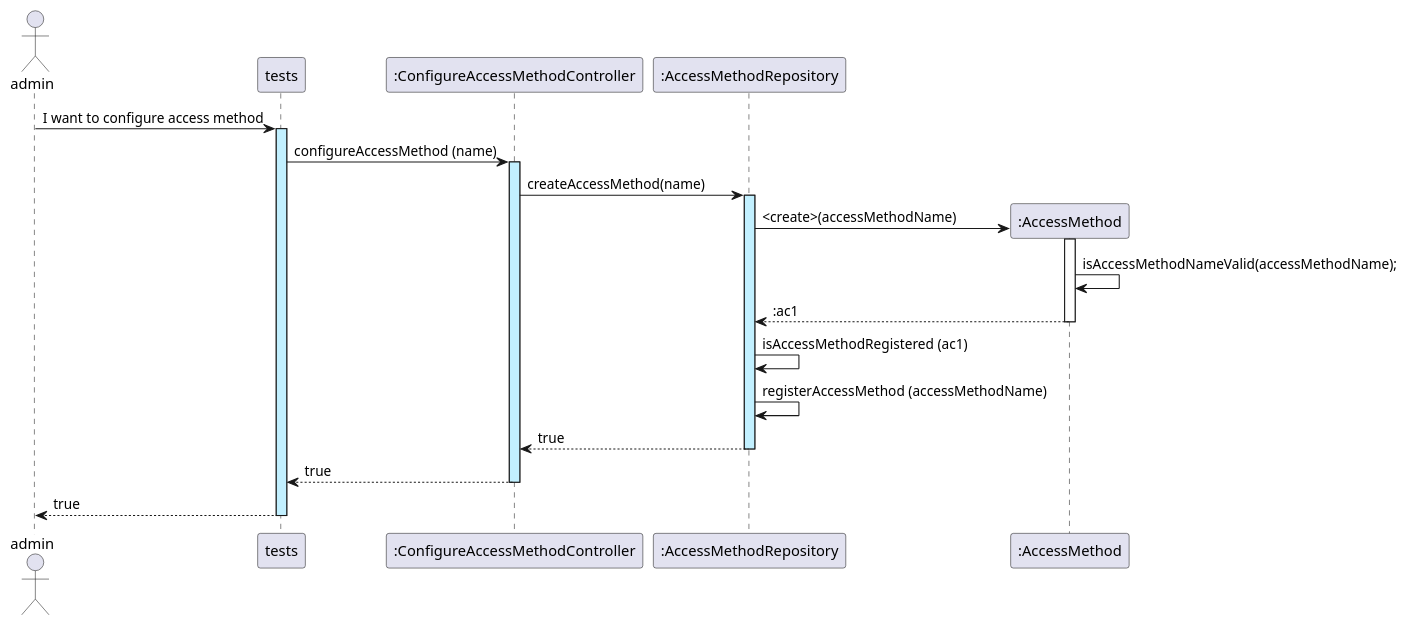
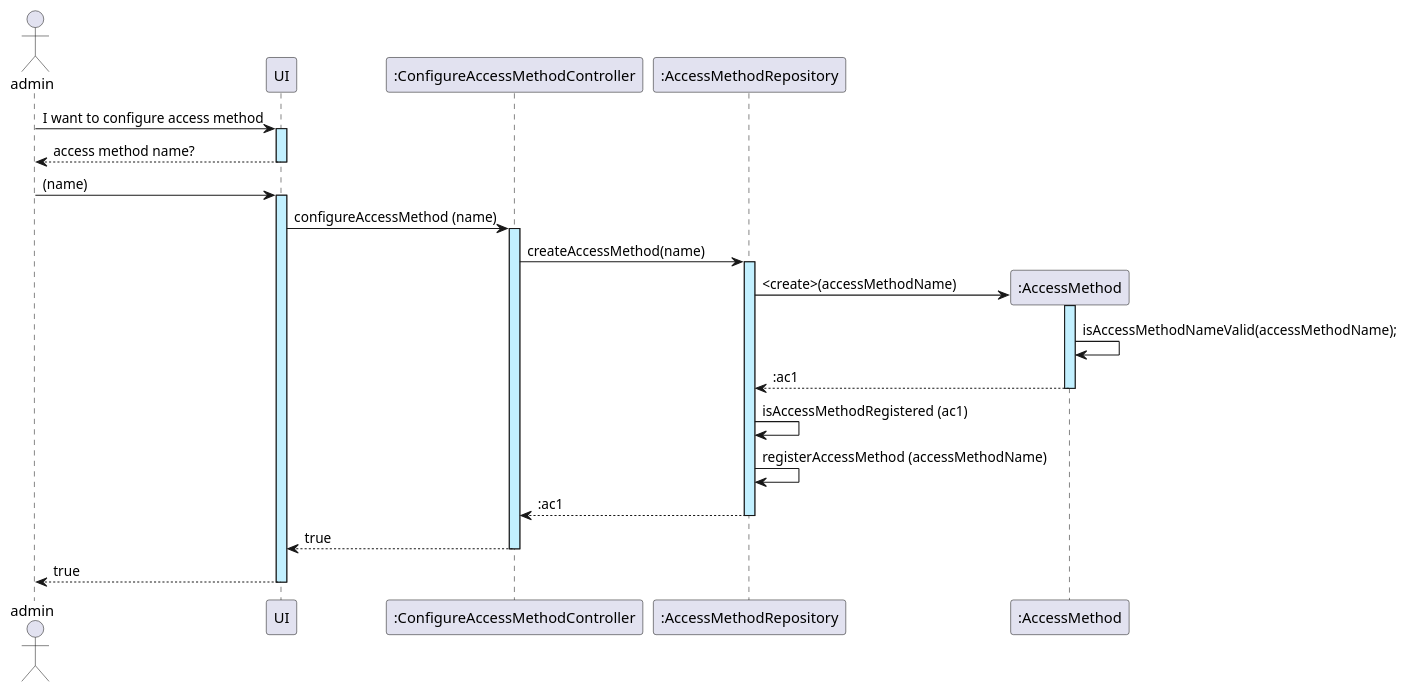
The diagram in docs/sequenceSystemDiagrams/Sprint_1/US02_ConfigureAccessMethodsInSystem.puml (GasparISEP/DevOps-PAI), drawn with PlantUML before and after one commit. The commit also changed 3 other files, not shown here.

Commit message:
Updated US02 SSD, Added createAccessMethod() to AccessMethodRepository for controller call.

```diff
--- a/docs/sequenceSystemDiagrams/Sprint_1/US02_ConfigureAccessMethodsInSystem.puml
+++ b/docs/sequenceSystemDiagrams/Sprint_1/US02_ConfigureAccessMethodsInSystem.puml
@@ -1,22 +1,23 @@
 @startuml
 actor admin
 
-admin -> tests ++ #application : I want to configure access method
-
-tests -> ":ConfigureAccessMethodController" as ConfigureAccessMethodController ++ #application : configureAccessMethod (name)
+admin -> UI ++ #application : I want to configure access method
+UI --> admin -- : access method name?
+admin -> UI ++ #application :(name)
+UI -> ":ConfigureAccessMethodController" as ConfigureAccessMethodController ++ #application : configureAccessMethod (name)
 
 ConfigureAccessMethodController -> ":AccessMethodRepository" as AccessMethodRepository ++ #application : createAccessMethod(name)
 
 create ":AccessMethod" as AccessMethod
-AccessMethodRepository -> AccessMethod ++  : <create>(accessMethodName)
+AccessMethodRepository -> AccessMethod ++ #application  : <create>(accessMethodName)
 AccessMethod -> AccessMethod : isAccessMethodNameValid(accessMethodName);
 
 AccessMethod --> AccessMethodRepository -- : :ac1
 AccessMethodRepository -> AccessMethodRepository : isAccessMethodRegistered (ac1)
 AccessMethodRepository -> AccessMethodRepository : registerAccessMethod (accessMethodName)
 
-AccessMethodRepository --> ConfigureAccessMethodController --: true
+AccessMethodRepository --> ConfigureAccessMethodController --: :ac1
 
-ConfigureAccessMethodController --> tests --: true
-tests --> admin --: true
+ConfigureAccessMethodController --> UI --: true
+UI --> admin --: true
 @enduml
```
